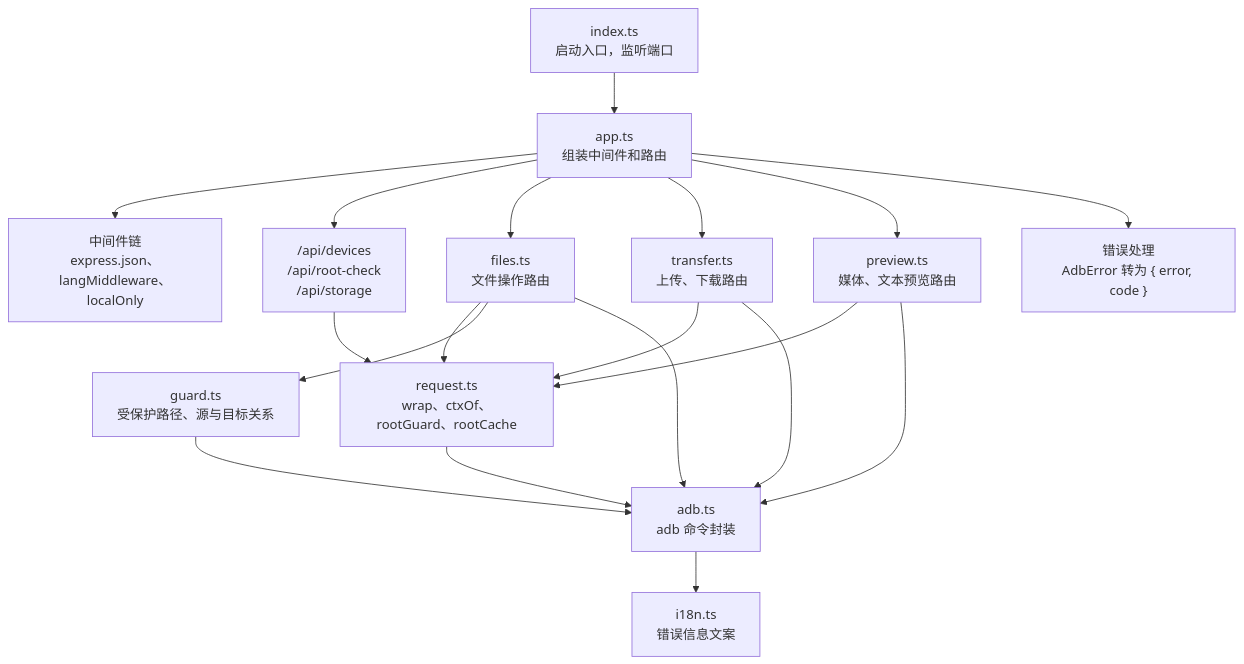
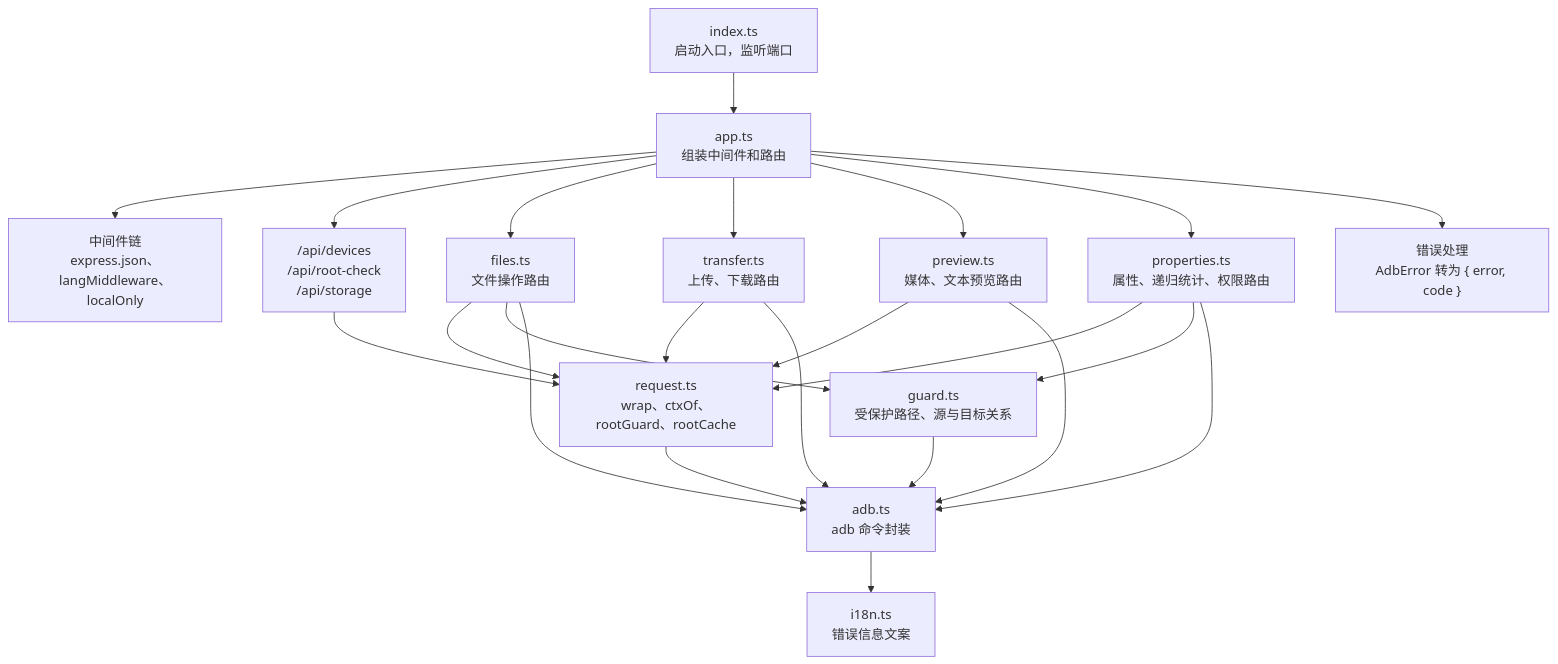
One commit to wynnyu/adb-file-manager changed the third of 10 diagrams in docs/architecture.md. Above: the diagram before and after it, drawn with Mermaid. The commit also changed other lines of this file and 3 other files, not shown here.

````diff
--- a/docs/architecture.md
+++ b/docs/architecture.md
@@ -65,14 +65,15 @@
 ```mermaid
 flowchart TB
   index["index.ts<br/>启动入口，监听端口"] --> app["app.ts<br/>组装中间件和路由"]
   app --> mw["中间件链<br/>express.json、langMiddleware、localOnly"]
   app --> devRoutes["/api/devices<br/>/api/root-check<br/>/api/storage"]
   app --> files["files.ts<br/>文件操作路由"]
   app --> transfer["transfer.ts<br/>上传、下载路由"]
   app --> preview["preview.ts<br/>媒体、文本预览路由"]
+  app --> properties["properties.ts<br/>属性、递归统计、权限路由"]
   app --> errh["错误处理<br/>AdbError 转为 { error, code }"]
-  files & transfer & preview & devRoutes --> request["request.ts<br/>wrap、ctxOf、rootGuard、rootCache"]
-  files --> guard["guard.ts<br/>受保护路径、源与目标关系"]
-  request & guard & files & transfer & preview --> adb["adb.ts<br/>adb 命令封装"]
+  files & transfer & preview & properties & devRoutes --> request["request.ts<br/>wrap、ctxOf、rootGuard、rootCache"]
+  files & properties --> guard["guard.ts<br/>受保护路径、源与目标关系"]
+  request & guard & files & transfer & preview & properties --> adb["adb.ts<br/>adb 命令封装"]
   adb --> i18n["i18n.ts<br/>错误信息文案"]
 ```
````
